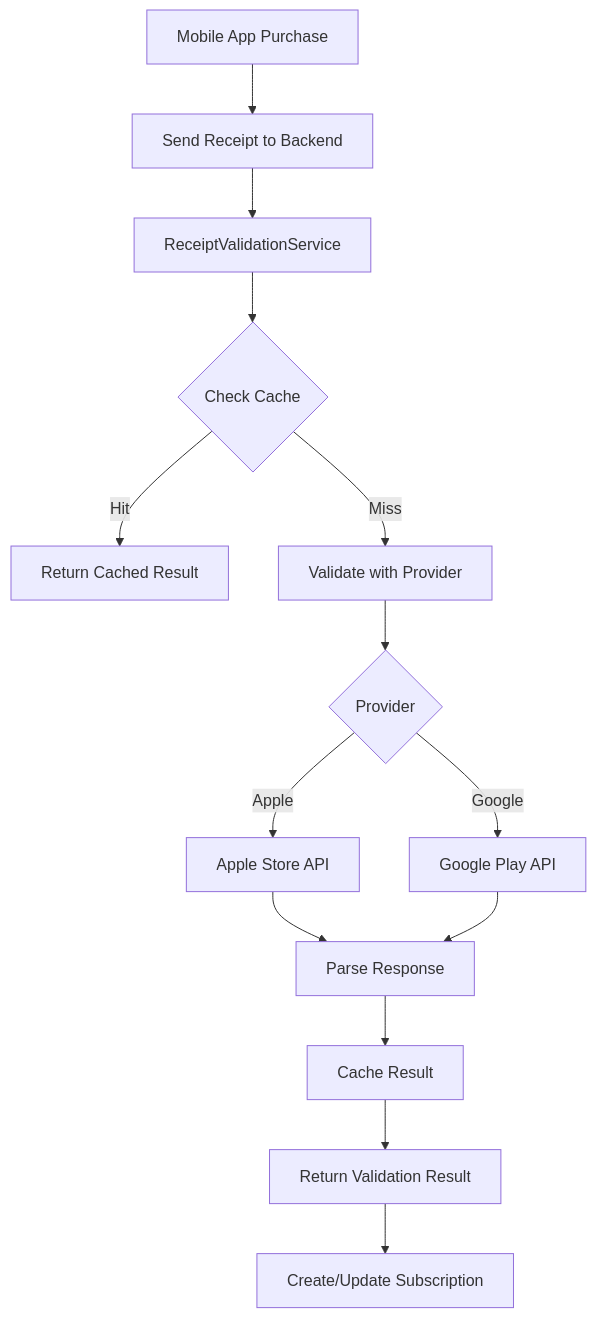
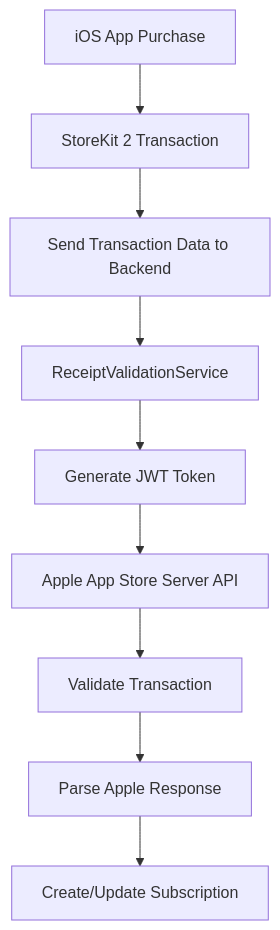
The diagram in backend/docs/receipt-validation-guide.md (wmtylerbrown/lingible), drawn with Mermaid before and after one commit. The commit also changed other lines of this file and 42 other files, not shown here.

First line of the commit message:
feat: Complete StoreKit 2 backend integration and Apple configuration cleanup

````diff
--- a/backend/docs/receipt-validation-guide.md
+++ b/backend/docs/receipt-validation-guide.md
@@ -11,16 +11,11 @@
 ```mermaid
 graph TD
-    A[Mobile App Purchase] --> B[Send Receipt to Backend]
-    B --> C[ReceiptValidationService]
-    C --> D{Check Cache}
-    D -->|Hit| E[Return Cached Result]
-    D -->|Miss| F[Validate with Provider]
-    F --> G{Provider}
-    G -->|Apple| H[Apple Store API]
-    G -->|Google| I[Google Play API]
-    H --> J[Parse Response]
-    I --> J
-    J --> K[Cache Result]
-    K --> L[Return Validation Result]
-    L --> M[Create/Update Subscription]
+    A[iOS App Purchase] --> B[StoreKit 2 Transaction]
+    B --> C[Send Transaction Data to Backend]
+    C --> D[ReceiptValidationService]
+    D --> E[Generate JWT Token]
+    E --> F[Apple App Store Server API]
+    F --> G[Validate Transaction]
+    G --> H[Parse Apple Response]
+    H --> I[Create/Update Subscription]
 ```
````
